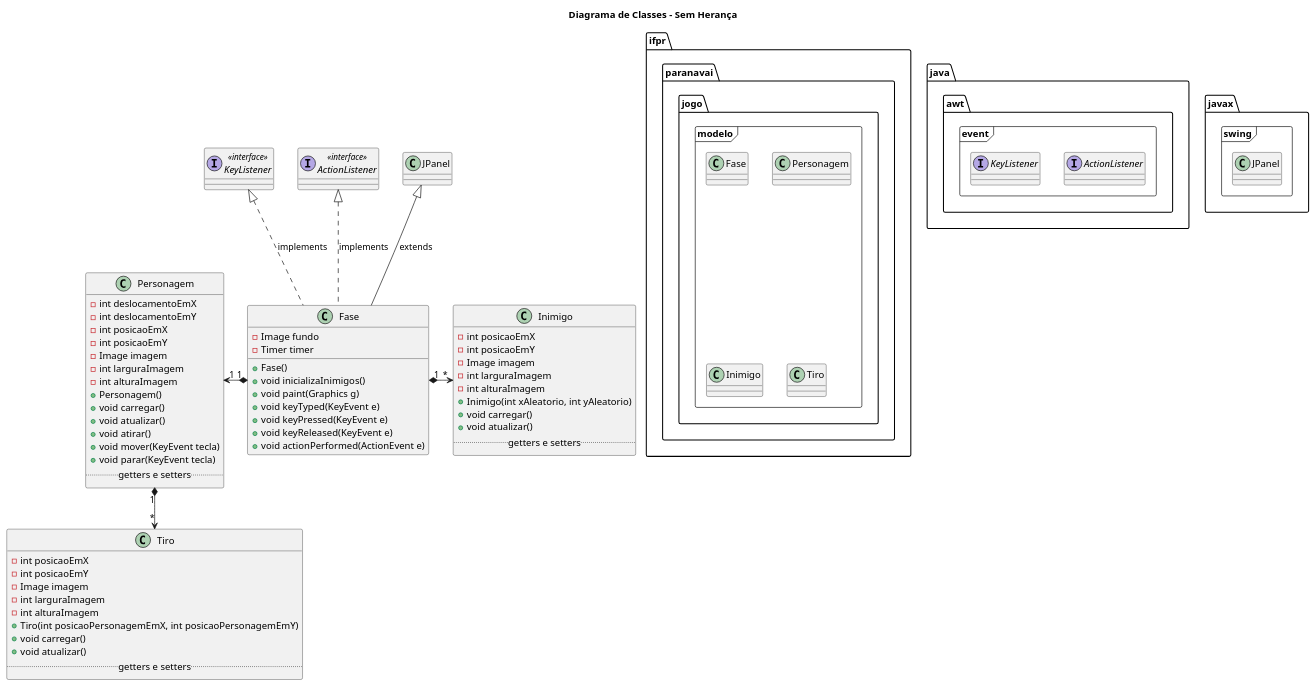
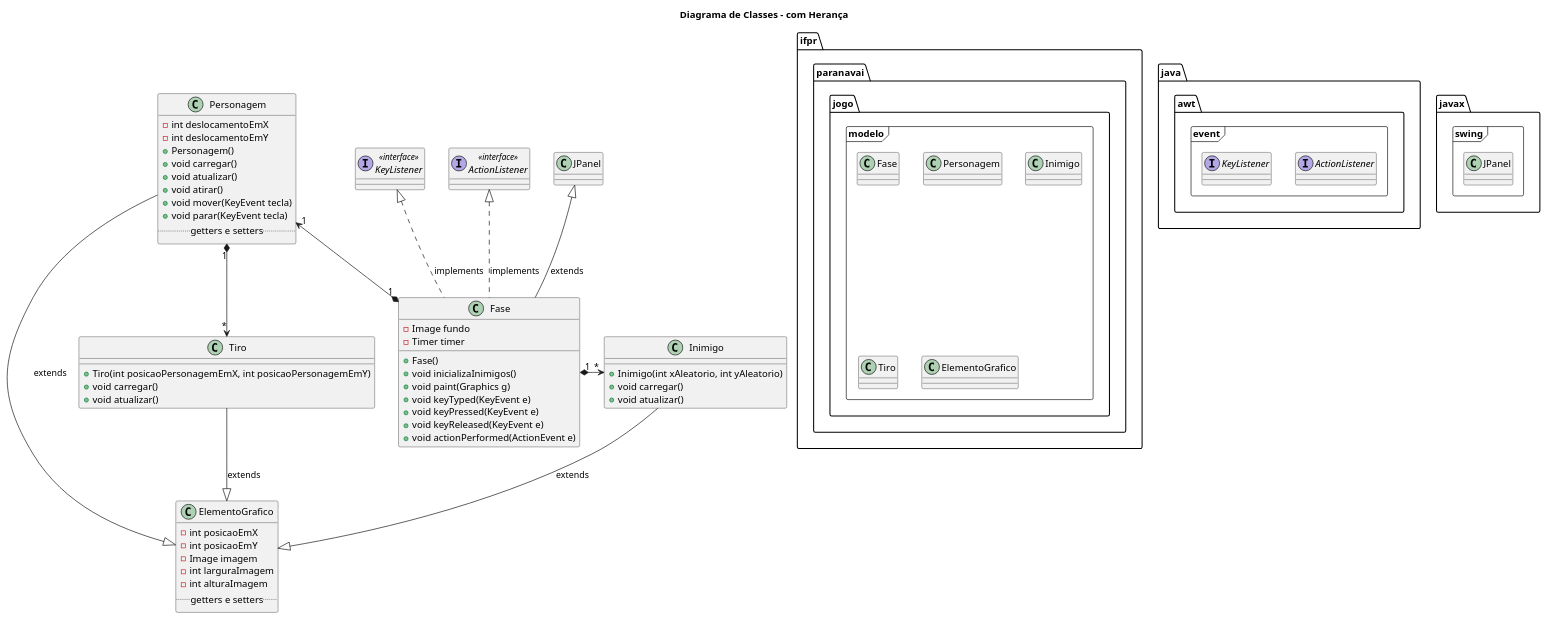
The diagram in uml/diagrama-classe.puml (terenciani/jogo-2d-ifpr-2023), drawn with PlantUML before and after one commit.

Commit message:
Capítulo 14 - Diagrama de classes com herança

```diff
--- a/uml/diagrama-classe.puml
+++ b/uml/diagrama-classe.puml
@@ -1,89 +1,86 @@
 @startuml
 
-title Diagrama de Classes - Sem Herança
+title Diagrama de Classes - com Herança
 
 package ifpr.paranavai.jogo.modelo <<Frame>> {
   class Fase
   class Personagem
   class Inimigo
   class Tiro
+  class ElementoGrafico
 }
 
 package java.awt.event <<Frame>> {
   interface ActionListener
   interface KeyListener
 
 }
 
 
 package javax.swing <<Frame>> {
   class JPanel
+}
+
+class ElementoGrafico {
+    -int posicaoEmX
+    -int posicaoEmY
+    -Image imagem
+    -int larguraImagem
+    -int alturaImagem
+    .. getters e setters ..
 }
 
 class Fase {
     -Image fundo
     -Timer timer
     +Fase()
     +void inicializaInimigos()
     +void paint(Graphics g)
     +void keyTyped(KeyEvent e)
     +void keyPressed(KeyEvent e)
     +void keyReleased(KeyEvent e)
     +void actionPerformed(ActionEvent e)
 }
 
 class Personagem{
     -int deslocamentoEmX
     -int deslocamentoEmY
-    -int posicaoEmX
-    -int posicaoEmY
-    -Image imagem
-    -int larguraImagem
-    -int alturaImagem
     +Personagem()
     +void carregar()
     +void atualizar()
     +void atirar()
     +void mover(KeyEvent tecla)
     +void parar(KeyEvent tecla)
     .. getters e setters ..
 }
 
 class Inimigo{
-    -int posicaoEmX
-    -int posicaoEmY
-    -Image imagem
-    -int larguraImagem
-    -int alturaImagem
     +Inimigo(int xAleatorio, int yAleatorio)
     +void carregar()
     +void atualizar()
-    .. getters e setters ..
 }
 
 class Tiro{
-    -int posicaoEmX
-    -int posicaoEmY
-    -Image imagem
-    -int larguraImagem
-    -int alturaImagem
     +Tiro(int posicaoPersonagemEmX, int posicaoPersonagemEmY)
     +void carregar()
     +void atualizar()
-    .. getters e setters ..
 }
 
 class JPanel
 interface ActionListener <<interface>>
 interface KeyListener <<interface>>
 
 Fase -up-|> JPanel: extends
 Fase -up.|> ActionListener: implements
 Fase -up.|> KeyListener: implements
 
 Fase "1" *--left--> "1" Personagem
 Fase "1" *-right-> "*" Inimigo
 
 Personagem "1" *--> "*" Tiro
+Personagem --|> ElementoGrafico: extends
 
+Tiro --|> ElementoGrafico: extends
+
+Inimigo --|> ElementoGrafico: extends
 @enduml
```
